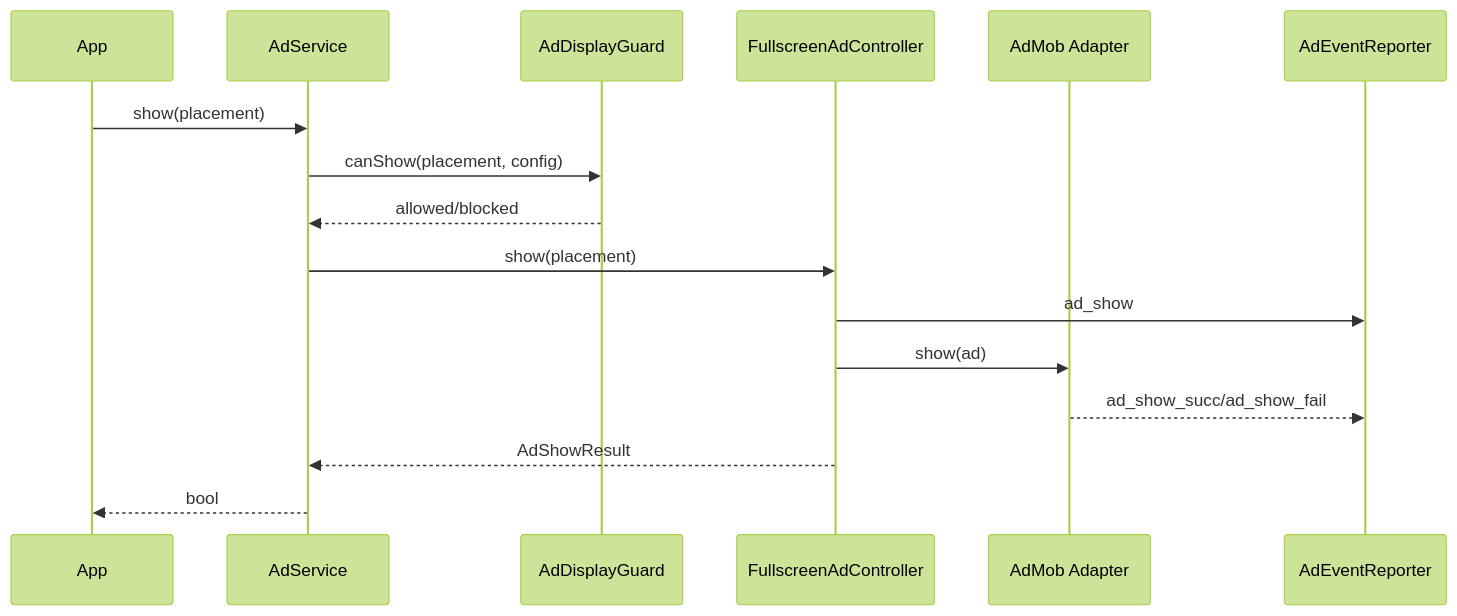
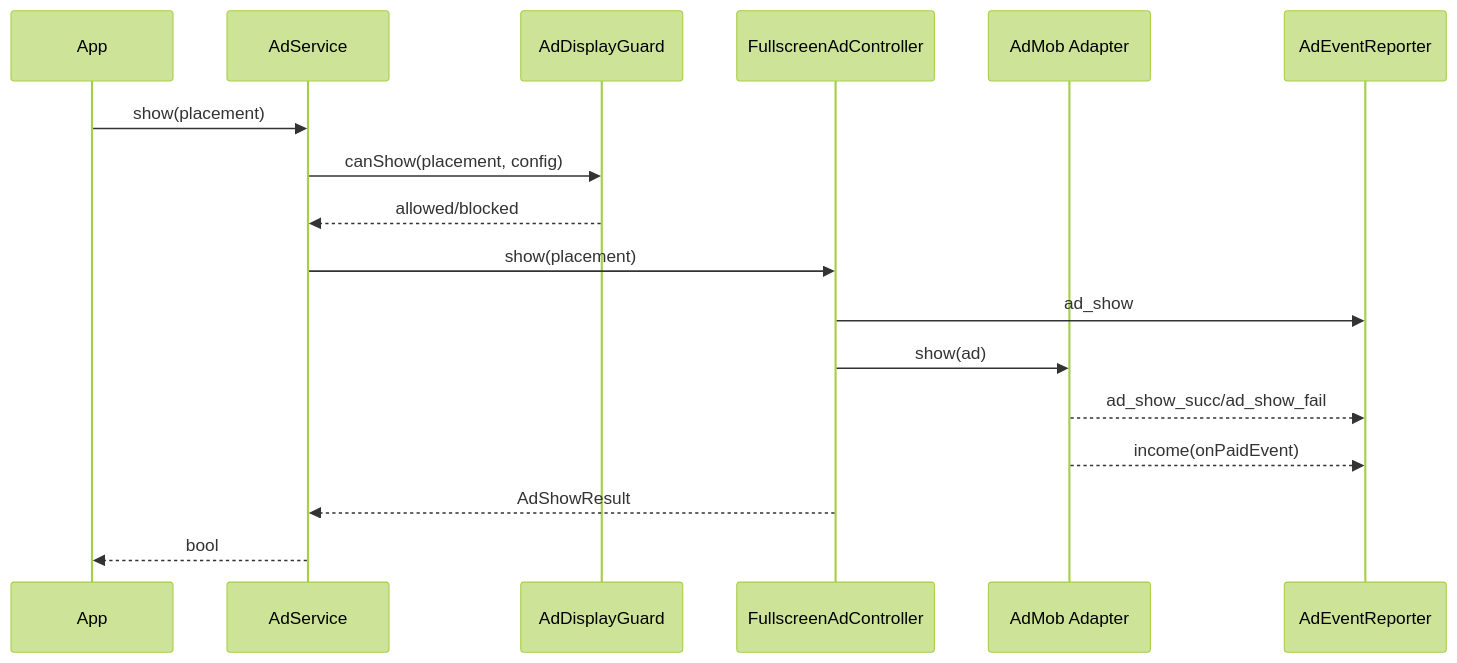
One commit to yanmingLiu/flutter_ad_plugin changed the second of 3 diagrams in docs/sequence.md. Above: the diagram before and after it, drawn with Mermaid (forest theme). The commit also changed other lines of this file and 41 other files, not shown here.

````diff
--- a/docs/sequence.md
+++ b/docs/sequence.md
@@ -23,19 +23,20 @@
 ```mermaid
 sequenceDiagram
   participant App
   participant Service as AdService
   participant Guard as AdDisplayGuard
   participant Full as FullscreenAdController
   participant Adapter as AdMob Adapter
   participant Reporter as AdEventReporter
 
   App->>Service: show(placement)
   Service->>Guard: canShow(placement, config)
   Guard-->>Service: allowed/blocked
   Service->>Full: show(placement)
   Full->>Reporter: ad_show
   Full->>Adapter: show(ad)
   Adapter-->>Reporter: ad_show_succ/ad_show_fail
+  Adapter-->>Reporter: income(onPaidEvent)
   Full-->>Service: AdShowResult
   Service-->>App: bool
 ```
````
